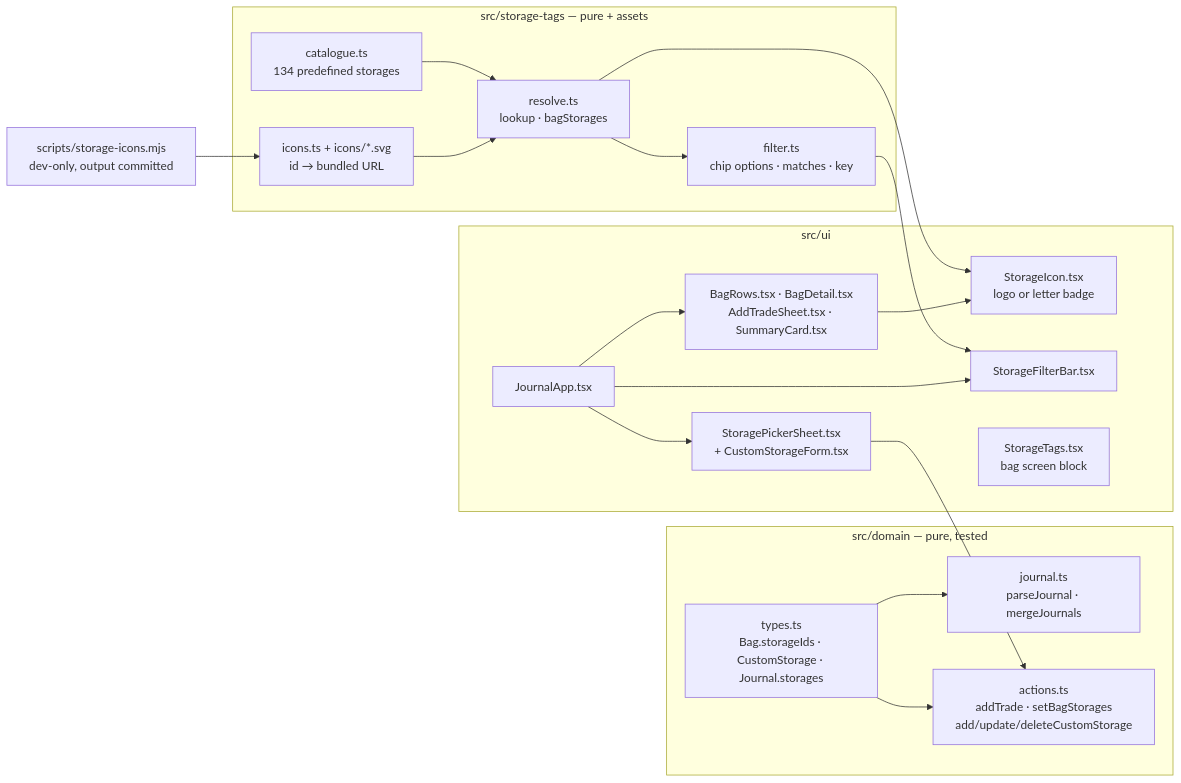
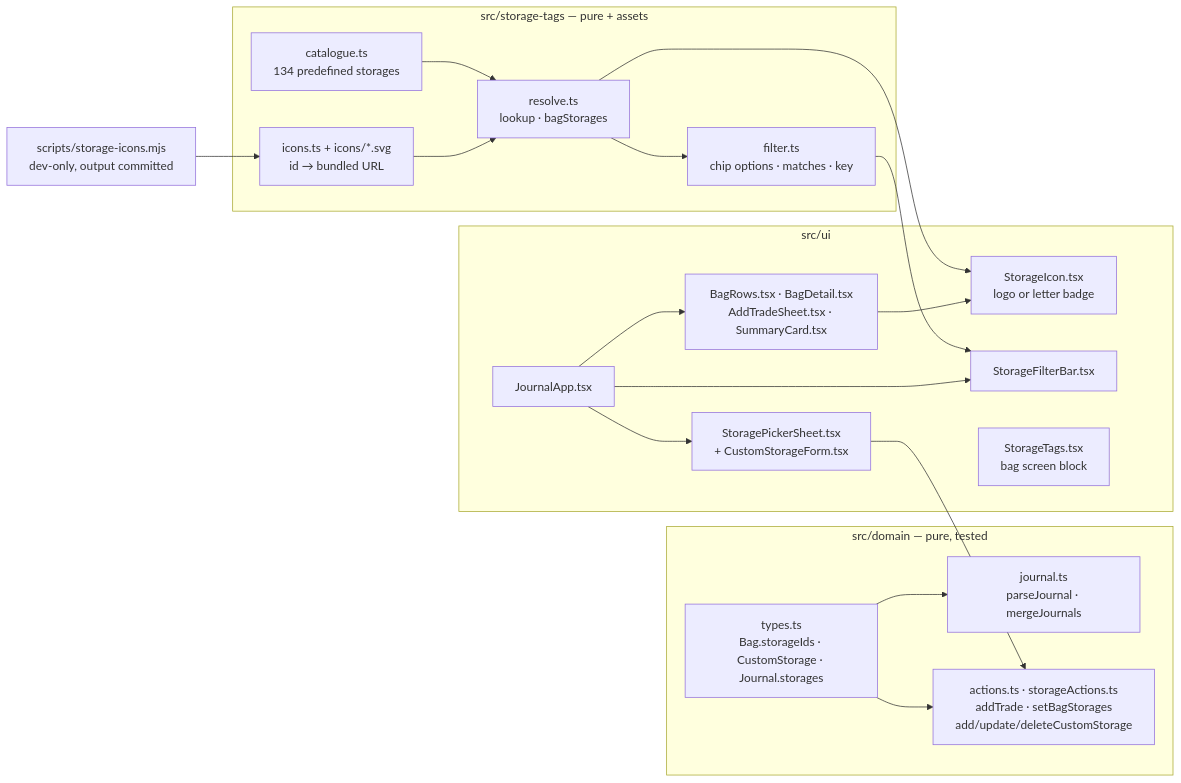
Before and after one commit to stanislavSav/trade-journal: the second of 4 diagrams in docs/storage-tags/plan.md, drawn with Mermaid. The commit also changed other lines of this file and 14 other files, not shown here.

````diff
--- a/docs/storage-tags/plan.md
+++ b/docs/storage-tags/plan.md
@@ -263,30 +263,30 @@
 ```mermaid
 flowchart LR
   subgraph domain [src/domain — pure, tested]
     T[types.ts<br/>Bag.storageIds · CustomStorage · Journal.storages]
     J[journal.ts<br/>parseJournal · mergeJournals]
-    A[actions.ts<br/>addTrade · setBagStorages<br/>add/update/deleteCustomStorage]
+    A[actions.ts · storageActions.ts<br/>addTrade · setBagStorages<br/>add/update/deleteCustomStorage]
   end
   subgraph tags [src/storage-tags — pure + assets]
     CAT[catalogue.ts<br/>134 predefined storages]
     IC[icons.ts + icons/*.svg<br/>id → bundled URL]
     RES[resolve.ts<br/>lookup · bagStorages]
     FIL[filter.ts<br/>chip options · matches · key]
   end
   subgraph ui [src/ui]
     SI[StorageIcon.tsx<br/>logo or letter badge]
     FB[StorageFilterBar.tsx]
     PK[StoragePickerSheet.tsx<br/>+ CustomStorageForm.tsx]
     ST[StorageTags.tsx<br/>bag screen block]
     JA[JournalApp.tsx]
     BR[BagRows.tsx · BagDetail.tsx<br/>AddTradeSheet.tsx · SummaryCard.tsx]
   end
   S[scripts/storage-icons.mjs<br/>dev-only, output committed] --> IC
   T --> J & A
   CAT & IC --> RES --> FIL
   RES --> SI
   FIL --> FB
   JA --> FB & PK & BR
   BR --> SI
   PK --> A
 ```
````
